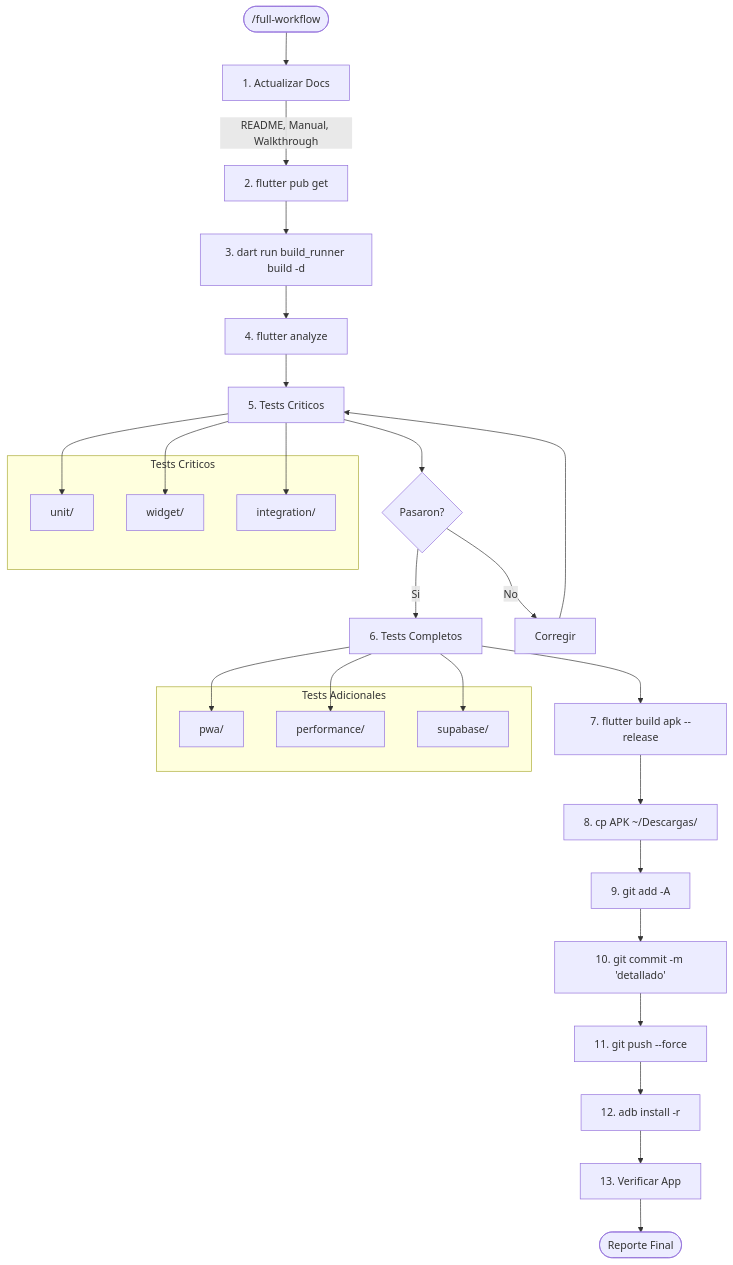
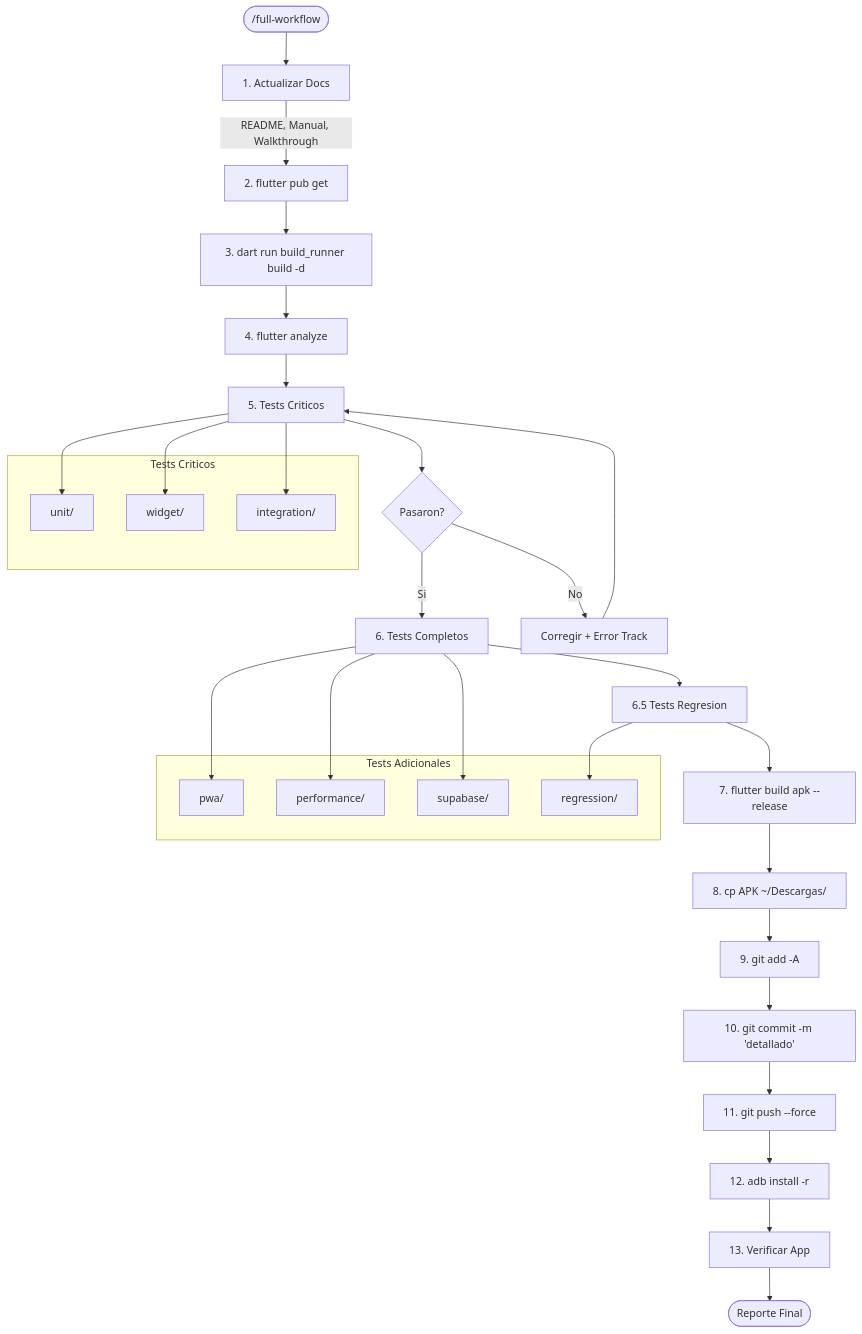
One commit to alvaretto/finanzasfamilia changed diagram 12 of 14 in docs/CLAUDE_WORKFLOW.md. Above: the diagram before and after it, drawn with Mermaid. The commit also changed other lines of this file and 3 other files, not shown here.

````diff
--- a/docs/CLAUDE_WORKFLOW.md
+++ b/docs/CLAUDE_WORKFLOW.md
@@ -368,41 +552,44 @@
 ```mermaid
 flowchart TD
     START(["/full-workflow"]) --> DOCS["1. Actualizar Docs"]
     DOCS --> |README, Manual, Walkthrough| DEPS["2. flutter pub get"]
     DEPS --> RUNNER["3. dart run build_runner build -d"]
     RUNNER --> ANALYZE["4. flutter analyze"]
     ANALYZE --> TEST_CRIT["5. Tests Criticos"]
 
     TEST_CRIT --> CRIT_OK{Pasaron?}
     CRIT_OK --> |Si| TEST_ALL["6. Tests Completos"]
-    CRIT_OK --> |No| FIX["Corregir"]
+    CRIT_OK --> |No| FIX["Corregir + Error Track"]
     FIX --> TEST_CRIT
 
-    TEST_ALL --> BUILD["7. flutter build apk --release"]
+    TEST_ALL --> REG["6.5 Tests Regresion"]
+    REG --> BUILD["7. flutter build apk --release"]
     BUILD --> COPY["8. cp APK ~/Descargas/"]
     COPY --> GIT_ADD["9. git add -A"]
     GIT_ADD --> GIT_COMMIT["10. git commit -m 'detallado'"]
     GIT_COMMIT --> GIT_PUSH["11. git push --force"]
     GIT_PUSH --> DEPLOY["12. adb install -r"]
     DEPLOY --> VERIFY["13. Verificar App"]
     VERIFY --> REPORT(["Reporte Final"])
 
     subgraph Tests Criticos
         TC1[unit/]
         TC2[widget/]
         TC3[integration/]
     end
 
     subgraph Tests Adicionales
         TA1[pwa/]
         TA2[performance/]
         TA3[supabase/]
+        TA4[regression/]
     end
 
     TEST_CRIT --> TC1
     TEST_CRIT --> TC2
     TEST_CRIT --> TC3
     TEST_ALL --> TA1
     TEST_ALL --> TA2
     TEST_ALL --> TA3
+    REG --> TA4
 ```
````
